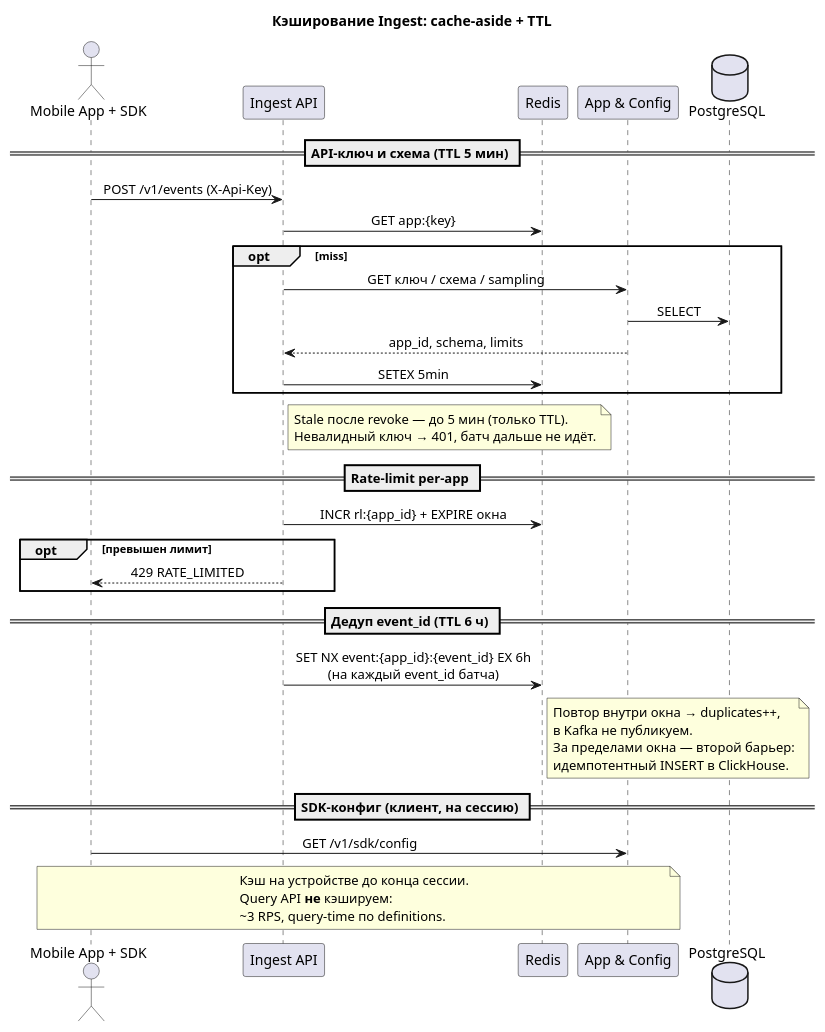
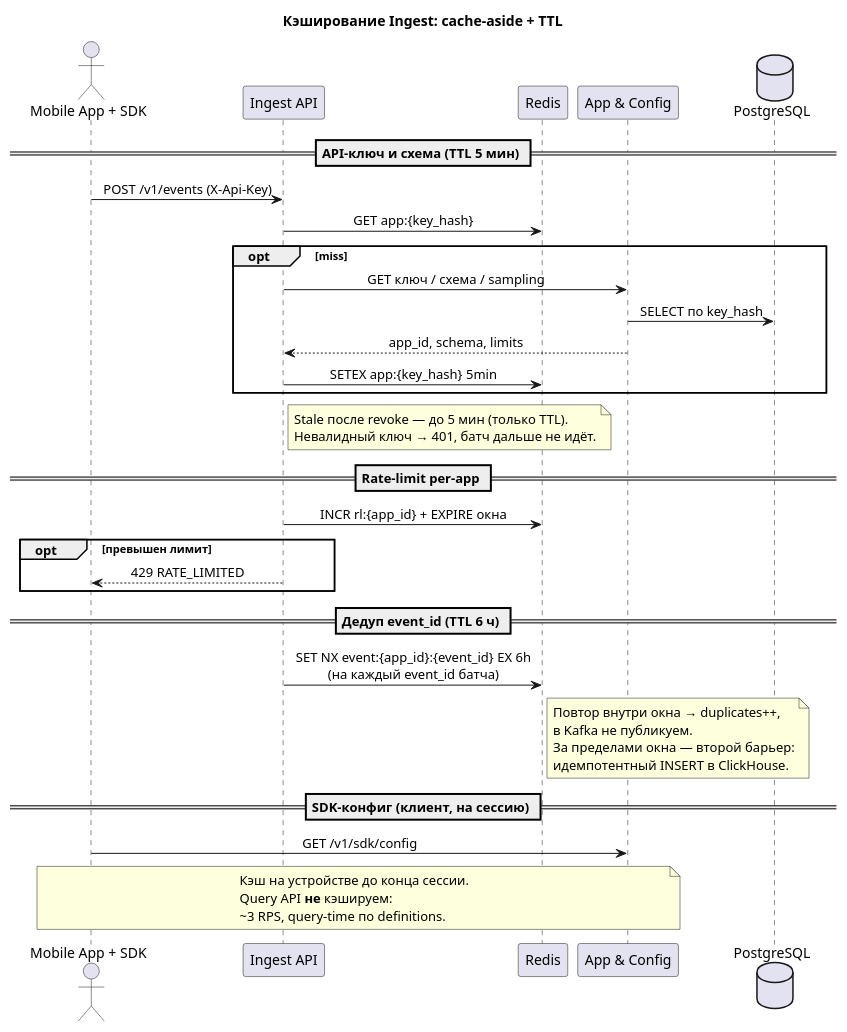
Before and after one commit to grahovsky/otus-systemdesign-homework: the diagram in hw_06/solution/diagrams/caching-flow.puml, drawn with PlantUML. The commit also changed 3 other files, not shown here.

Commit message:
security diagrams

```diff
--- a/hw_06/solution/diagrams/caching-flow.puml
+++ b/hw_06/solution/diagrams/caching-flow.puml
@@ -1,53 +1,53 @@
 @startuml caching-flow
 title Кэширование Ingest: cache-aside + TTL
 
 skinparam sequenceMessageAlign center
 
 actor "Mobile App + SDK" as SDK
 participant "Ingest API" as Ingest
 participant "Redis" as Redis
 participant "App & Config" as Config
 database "PostgreSQL" as PG
 
 == API-ключ и схема (TTL 5 мин) ==
 
 SDK -> Ingest : POST /v1/events (X-Api-Key)
-Ingest -> Redis : GET app:{key}
+Ingest -> Redis : GET app:{key_hash}
 opt miss
   Ingest -> Config : GET ключ / схема / sampling
-  Config -> PG : SELECT
+  Config -> PG : SELECT по key_hash
   Config --> Ingest : app_id, schema, limits
-  Ingest -> Redis : SETEX 5min
+  Ingest -> Redis : SETEX app:{key_hash} 5min
 end
 note right of Ingest
   Stale после revoke — до 5 мин (только TTL).
   Невалидный ключ → 401, батч дальше не идёт.
 end note
 
 == Rate-limit per-app ==
 
 Ingest -> Redis : INCR rl:{app_id} + EXPIRE окна
 opt превышен лимит
   Ingest --> SDK : 429 RATE_LIMITED
 end
 
 == Дедуп event_id (TTL 6 ч) ==
 
 Ingest -> Redis : SET NX event:{app_id}:{event_id} EX 6h\n(на каждый event_id батча)
 note right of Redis
   Повтор внутри окна → duplicates++,
   в Kafka не публикуем.
   За пределами окна — второй барьер:
   идемпотентный INSERT в ClickHouse.
 end note
 
 == SDK-конфиг (клиент, на сессию) ==
 
 SDK -> Config : GET /v1/sdk/config
 note over SDK, Config
   Кэш на устройстве до конца сессии.
   Query API **не** кэшируем:
   ~3 RPS, query-time по definitions.
 end note
 
 @enduml
```
